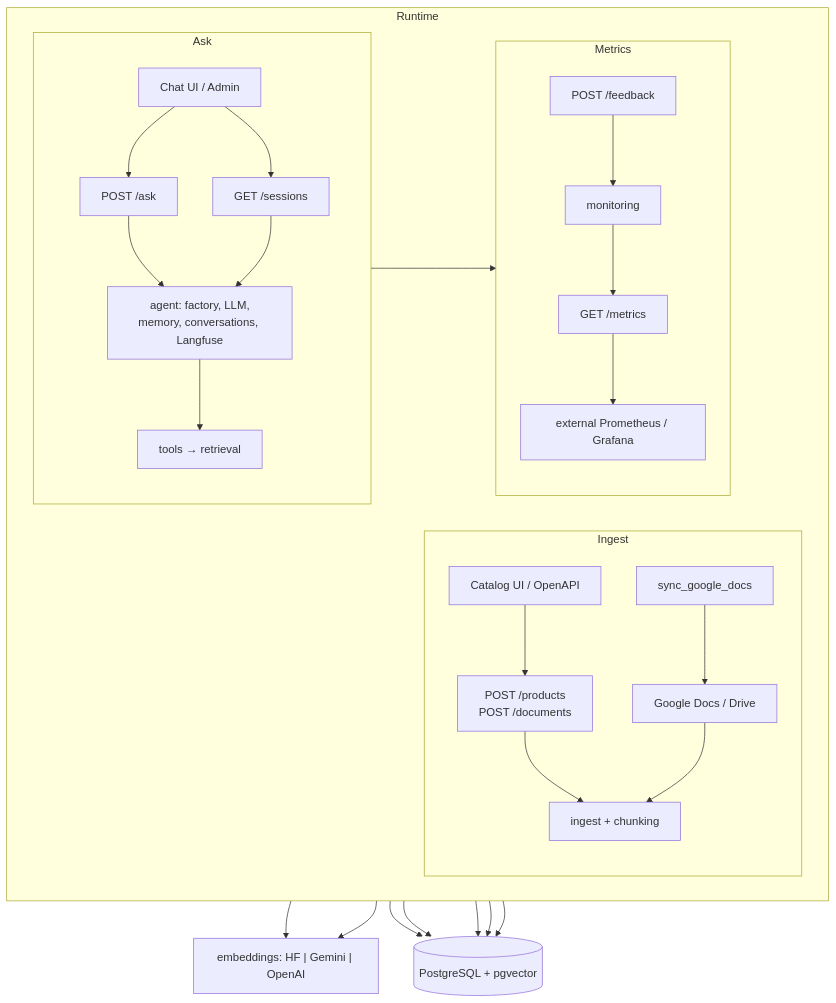
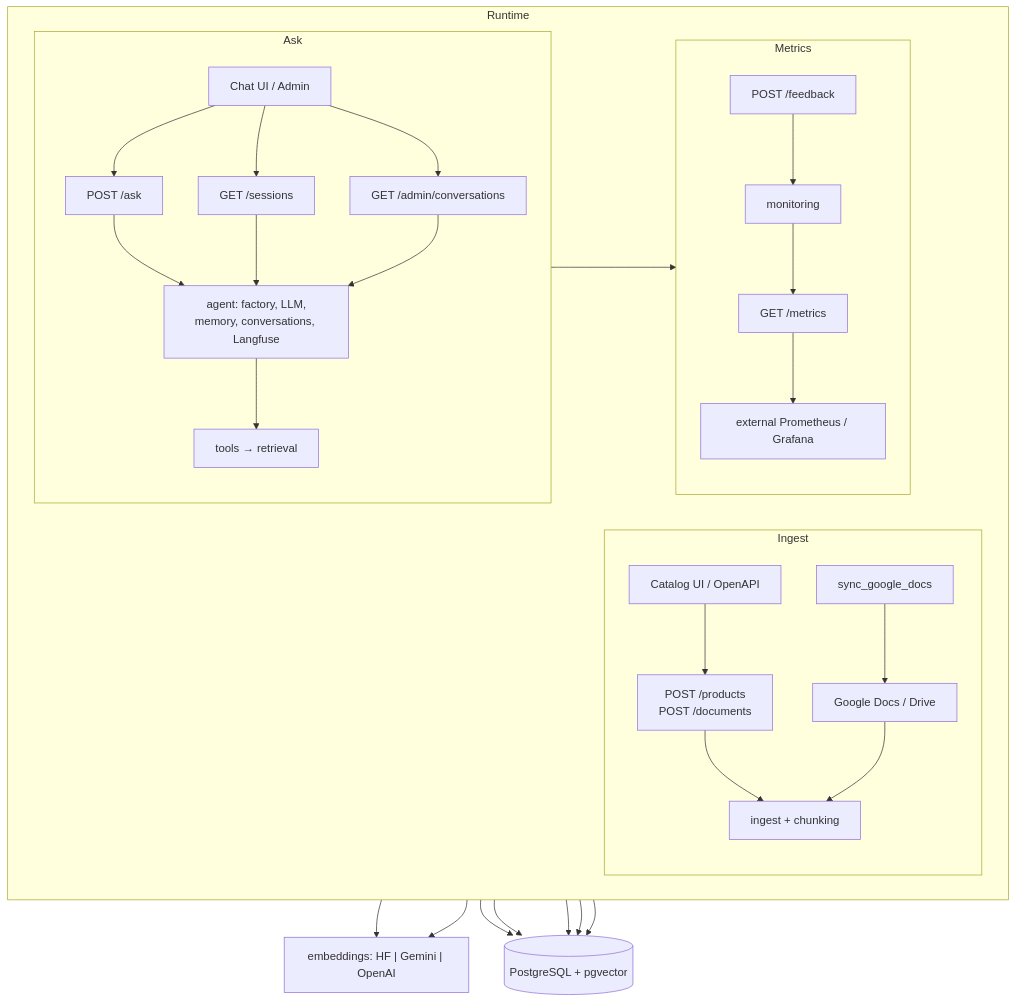
The second of 5 diagrams in architecture.md (JJTorresDS/knowledge-agent), drawn with Mermaid before and after one commit. The commit also changed other lines of this file and 9 other files, not shown here.

````diff
--- a/architecture.md
+++ b/architecture.md
@@ -78,50 +78,52 @@
 ```mermaid
 flowchart TB
     subgraph paths [Runtime]
         direction LR
 
         subgraph askPath [Ask]
             direction TB
             Chat["Chat UI / Admin"]
             Ask["POST /ask"]
             Sessions["GET /sessions"]
+            AdminList["GET /admin/conversations"]
             Agent["agent: factory, LLM,<br/>memory, conversations, Langfuse"]
             Tools["tools → retrieval"]
             Chat --> Ask --> Agent --> Tools
             Chat --> Sessions --> Agent
+            Chat --> AdminList --> Agent
         end
 
         subgraph ingestPath [Ingest]
             direction TB
             Src["Catalog UI / OpenAPI"]
             IngEP["POST /products<br/>POST /documents"]
             Ing["ingest + chunking"]
             Job["sync_google_docs"]
             GDocs["Google Docs / Drive"]
             Src --> IngEP --> Ing
             Job --> GDocs --> Ing
         end
 
         subgraph opsPath [Metrics]
             direction TB
             FB["POST /feedback"]
             Met["GET /metrics"]
             Mon["monitoring"]
             Obs["external Prometheus / Grafana"]
             FB --> Mon --> Met
             Met --> Obs
         end
     end
 
     Emb["embeddings: HF | Gemini | OpenAI"]
     PG[(PostgreSQL + pgvector)]
 
     Ask --> Mon
     Tools --> Emb
     Ing --> Emb
     Agent --> PG
     Tools --> PG
     Ing --> PG
     Mon --> PG
     Obs --> PG
 ```
````
